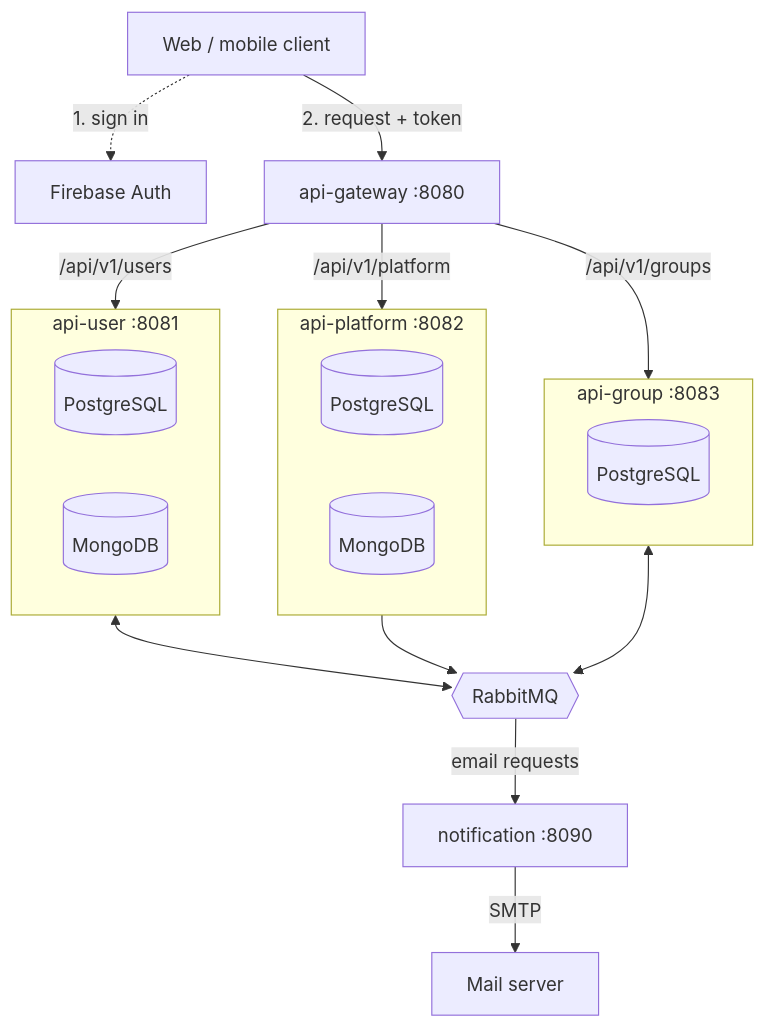
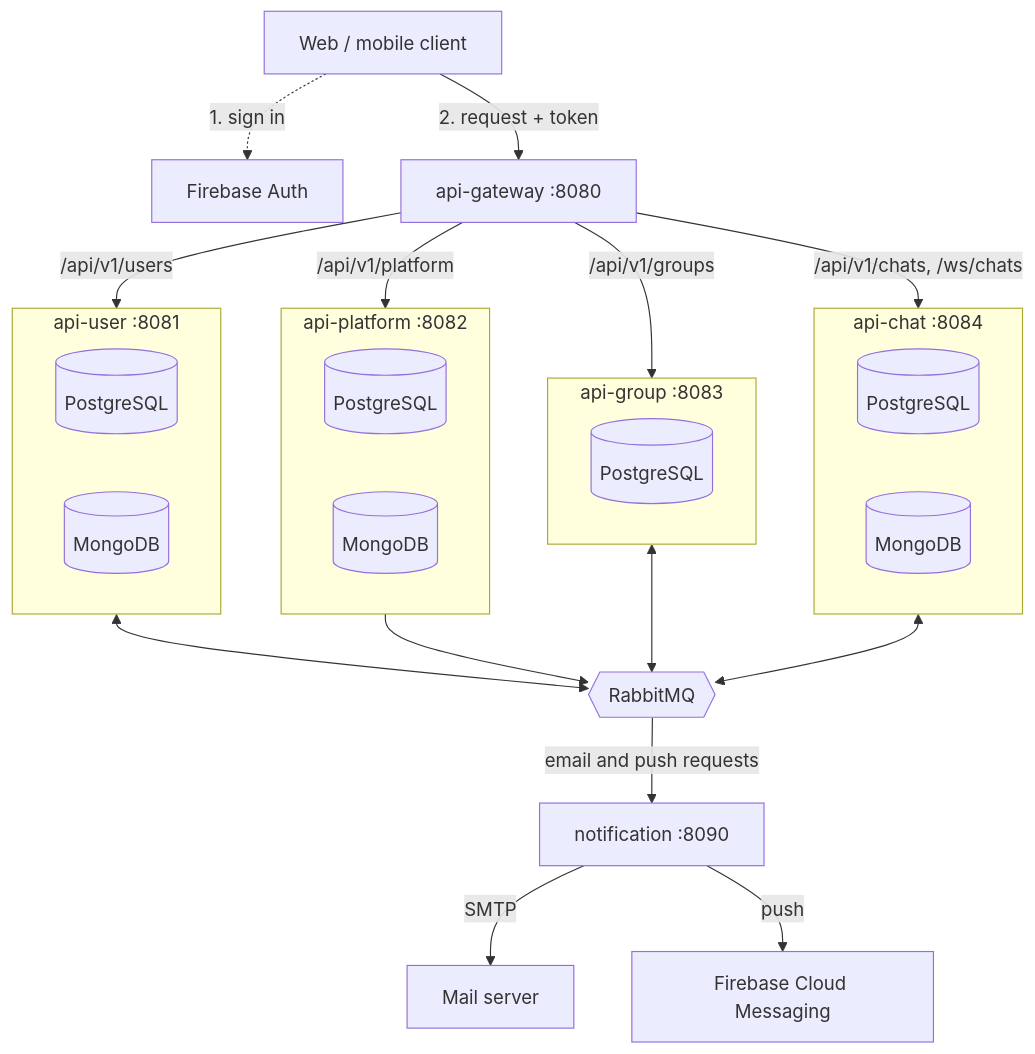
The first of 6 diagrams in docs/ARCHITECTURE.md (dragos-galeteanu/trip-huddle-backend), drawn with Mermaid before and after one commit. The commit also changed other lines of this file and 5 other files, not shown here.

Commit message:
Update docs after adding push notifications, websockets and `api-chat`

````diff
--- a/docs/ARCHITECTURE.md
+++ b/docs/ARCHITECTURE.md
@@ -9,33 +9,40 @@
 ```mermaid
 flowchart TB
     C[Web / mobile client]
     FB[Firebase Auth]
     GW[api-gateway :8080]
 
     C -.->|1. sign in| FB
     C -->|2. request + token| GW
 
     subgraph USER[api-user :8081]
         UPG[(PostgreSQL)]
         UMG[(MongoDB)]
     end
     subgraph PLATFORM[api-platform :8082]
         PPG[(PostgreSQL)]
         PMG[(MongoDB)]
     end
     subgraph GROUP[api-group :8083]
         GPG[(PostgreSQL)]
     end
+    subgraph CHAT[api-chat :8084]
+        CPG[(PostgreSQL)]
+        CMG[(MongoDB)]
+    end
 
     GW -->|/api/v1/users| USER
     GW -->|/api/v1/platform| PLATFORM
     GW -->|/api/v1/groups| GROUP
+    GW -->|/api/v1/chats, /ws/chats| CHAT
 
     MQ{{RabbitMQ}}
     USER <--> MQ
     PLATFORM --> MQ
     GROUP <--> MQ
+    CHAT <--> MQ
 
-    MQ -->|email requests| N[notification :8090]
+    MQ -->|email and push requests| N[notification :8090]
     N -->|SMTP| M[Mail server]
+    N -->|push| FCM[Firebase Cloud Messaging]
 ```
````
